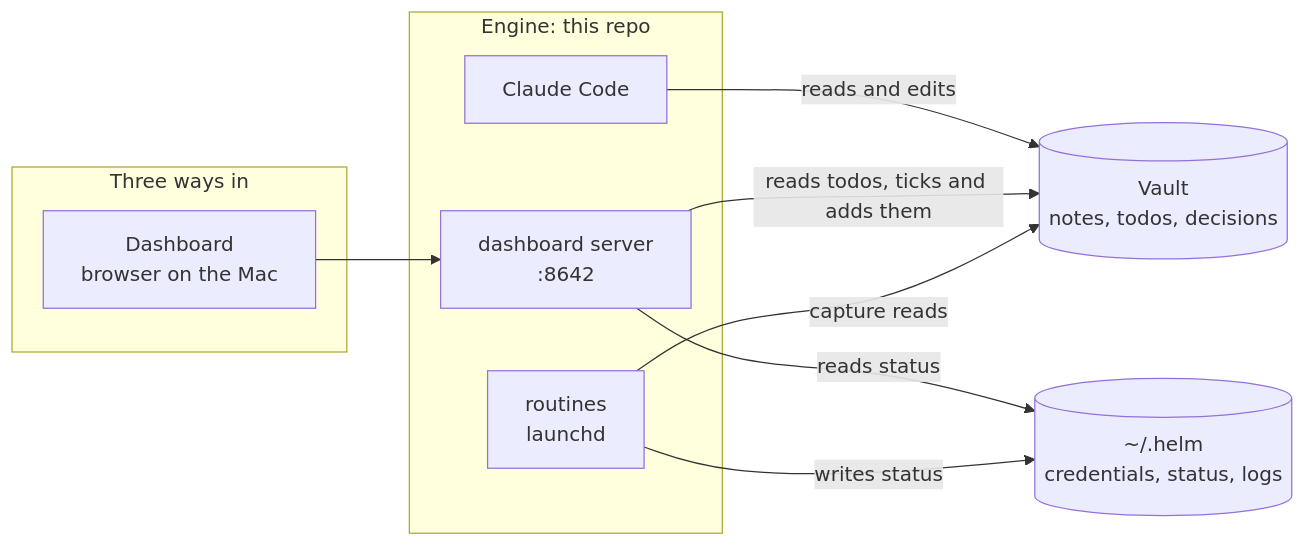
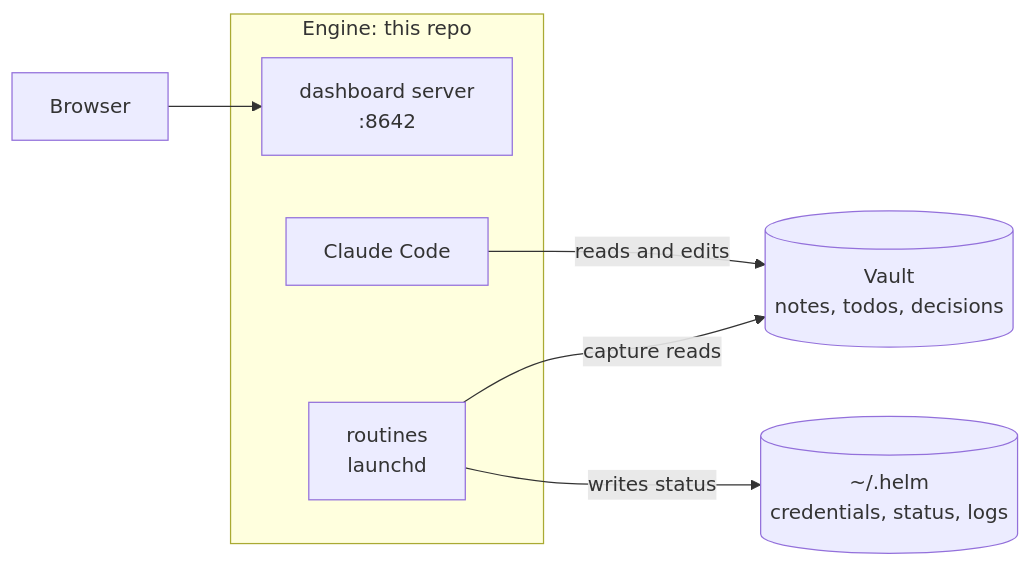
The diagram in README.md (danielgentile22/helm), drawn with Mermaid before and after one commit. The commit also changed other lines of this file and 83 other files, not shown here.

````diff
--- a/README.md
+++ b/README.md
@@ -39,22 +26,18 @@
 ```mermaid
 flowchart LR
-  subgraph ways["Three ways in"]
-    D["Dashboard<br/>browser on the Mac"]
-  end
+  D["Browser"]
 
   subgraph engine["Engine: this repo"]
     DS["dashboard server<br/>:8642"]
     R["routines<br/>launchd"]
     CC["Claude Code"]
   end
 
   V[("Vault<br/>notes, todos, decisions")]
   S[("~/.helm<br/>credentials, status, logs")]
 
   D --> DS
   CC -- "reads and edits" --> V
-  DS -- "reads todos, ticks and adds them" --> V
-  DS -- "reads status" --> S
   R -- "capture reads" --> V
   R -- "writes status" --> S
 ```
````
